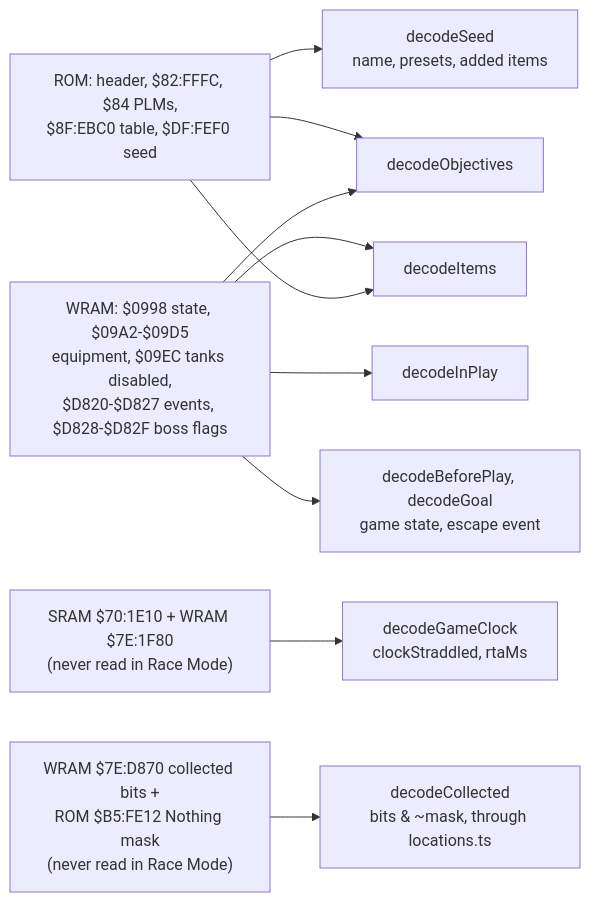
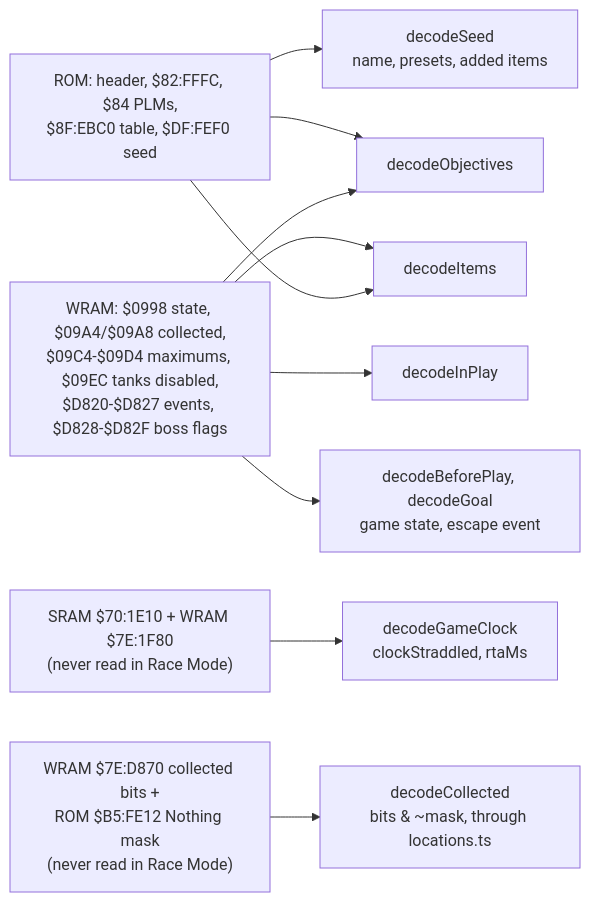
The diagram in packs/sm/README.md (kqesar/alltp-tracker), drawn with Mermaid before and after one commit. The commit also changed other lines of this file and 5 other files, not shown here.

First line of the commit message:
fix(sm): read only the equipment words the items count needs

````diff
--- a/packs/sm/README.md
+++ b/packs/sm/README.md
@@ -33,12 +33,12 @@
 ```mermaid
 flowchart LR
   rom["ROM: header, $82:FFFC, $84 PLMs,<br/>$8F:EBC0 table, $DF:FEF0 seed"] --> seed["decodeSeed<br/>name, presets, added items"]
   rom --> obj["decodeObjectives"]
-  wram["WRAM: $0998 state, $09A2-$09D5<br/>equipment, $09EC tanks disabled,<br/>$D820-$D827 events, $D828-$D82F boss flags"] --> items["decodeItems"]
+  wram["WRAM: $0998 state, $09A4/$09A8 collected,<br/>$09C4-$09D4 maximums, $09EC tanks disabled,<br/>$D820-$D827 events, $D828-$D82F boss flags"] --> items["decodeItems"]
   rom --> items
   wram --> obj
   wram --> play["decodeInPlay"]
   wram --> goal["decodeBeforePlay, decodeGoal<br/>game state, escape event"]
   clock["SRAM $70:1E10 + WRAM $7E:1F80<br/>(never read in Race Mode)"] --> rta["decodeGameClock<br/>clockStraddled, rtaMs"]
   bits["WRAM $7E:D870 collected bits +<br/>ROM $B5:FE12 Nothing mask<br/>(never read in Race Mode)"] --> locs["decodeCollected<br/>bits &amp; ~mask, through locations.ts"]
 ```
````
